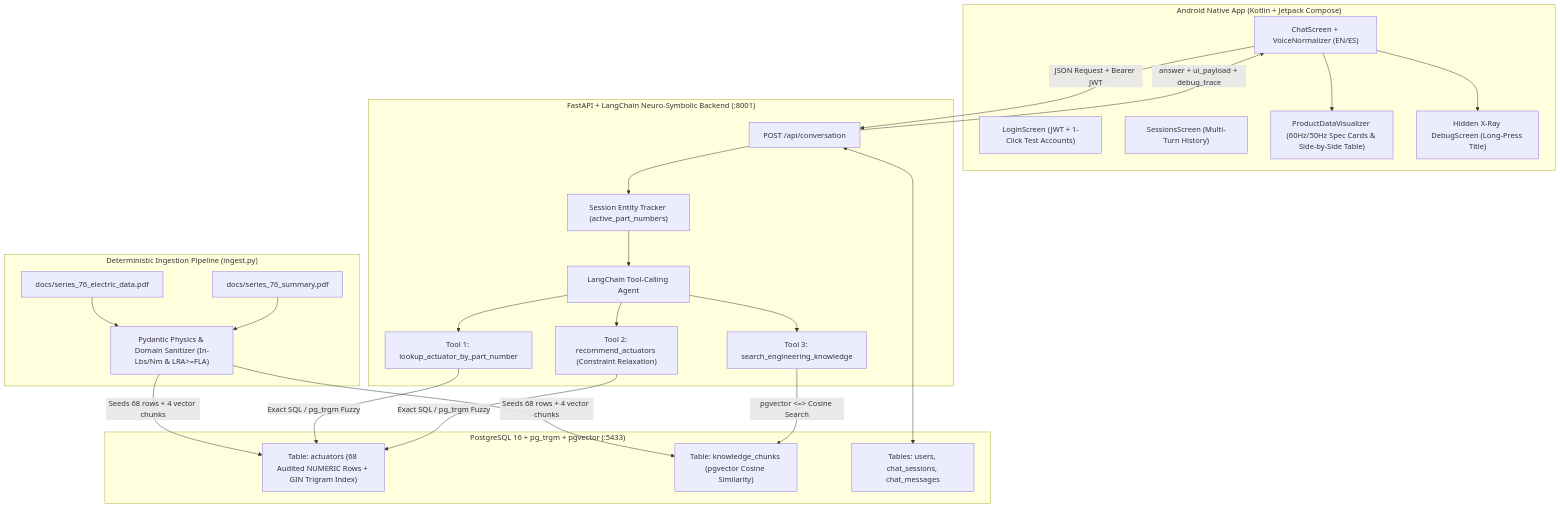
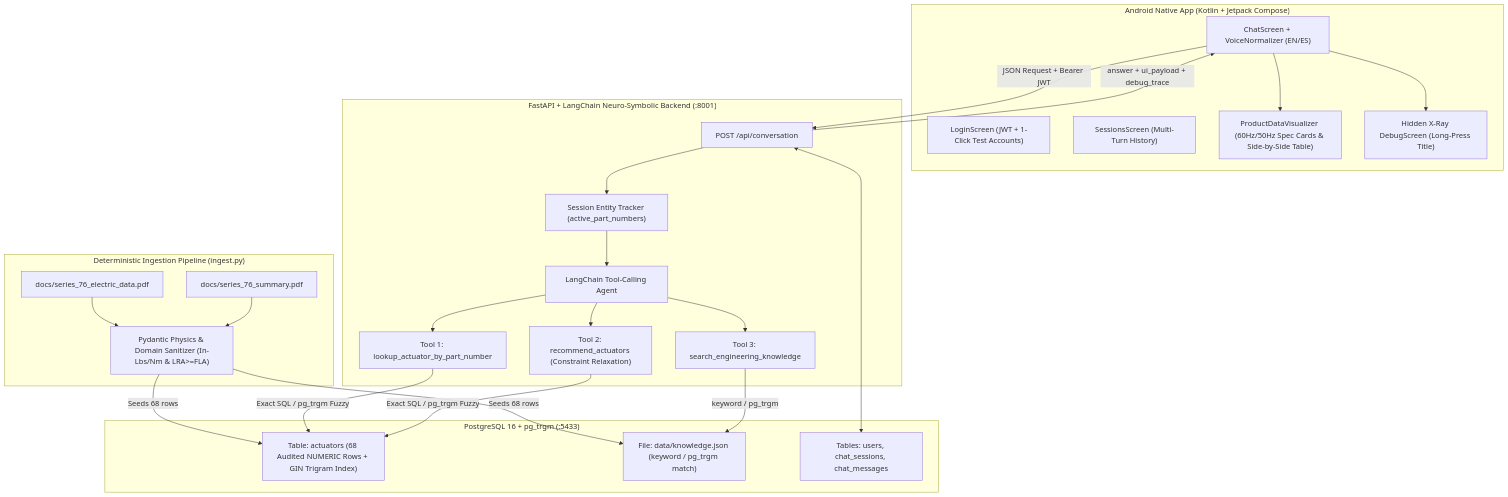
The diagram in README.md (emanuelvahos/reto-konecto), drawn with Mermaid before and after one commit. The commit also changed other lines of this file and 14 other files, not shown here.

First line of the commit message:
refactor: retire pgvector; knowledge moves to data/knowledge.json with deterministic keyword/pg_trgm search

````diff
--- a/README.md
+++ b/README.md
@@ -57,42 +57,42 @@
 ```mermaid
 flowchart TD
     subgraph Mobile["Android Native App (Kotlin + Jetpack Compose)"]
         UI_Login["LoginScreen (JWT + 1-Click Test Accounts)"]
         UI_Sessions["SessionsScreen (Multi-Turn History)"]
         UI_Chat["ChatScreen + VoiceNormalizer (EN/ES)"]
         UI_Cards["ProductDataVisualizer (60Hz/50Hz Spec Cards & Side-by-Side Table)"]
         UI_Debug["Hidden X-Ray DebugScreen (Long-Press Title)"]
     end
 
     subgraph Backend["FastAPI + LangChain Neuro-Symbolic Backend (:8001)"]
         API["POST /api/conversation"]
         Memory["Session Entity Tracker (active_part_numbers)"]
         Agent["LangChain Tool-Calling Agent"]
         T1["Tool 1: lookup_actuator_by_part_number"]
         T2["Tool 2: recommend_actuators (Constraint Relaxation)"]
         T3["Tool 3: search_engineering_knowledge"]
     end
 
-    subgraph DB["PostgreSQL 16 + pg_trgm + pgvector (:5433)"]
+    subgraph DB["PostgreSQL 16 + pg_trgm (:5433)"]
         TblAct["Table: actuators (68 Audited NUMERIC Rows + GIN Trigram Index)"]
-        TblKnow["Table: knowledge_chunks (pgvector Cosine Similarity)"]
+        TblKnow["File: data/knowledge.json (keyword / pg_trgm match)"]
         TblChat["Tables: users, chat_sessions, chat_messages"]
     end
 
     subgraph Ingestion["Deterministic Ingestion Pipeline (ingest.py)"]
         PDF1["docs/series_76_electric_data.pdf"]
         PDF2["docs/series_76_summary.pdf"]
         Physics["Pydantic Physics & Domain Sanitizer (In-Lbs/Nm & LRA>=FLA)"]
     end
 
     PDF1 & PDF2 --> Physics
-    Physics -->|Seeds 68 rows + 4 vector chunks| TblAct & TblKnow
+    Physics -->|Seeds 68 rows| TblAct & TblKnow
     UI_Chat -->|JSON Request + Bearer JWT| API
     API <--> TblChat
     API --> Memory --> Agent
     Agent --> T1 & T2 & T3
     T1 & T2 -->|Exact SQL / pg_trgm Fuzzy| TblAct
-    T3 -->|pgvector <=> Cosine Search| TblKnow
+    T3 -->|keyword / pg_trgm| TblKnow
     API -->|answer + ui_payload + debug_trace| UI_Chat
     UI_Chat --> UI_Cards & UI_Debug
 ```
````
